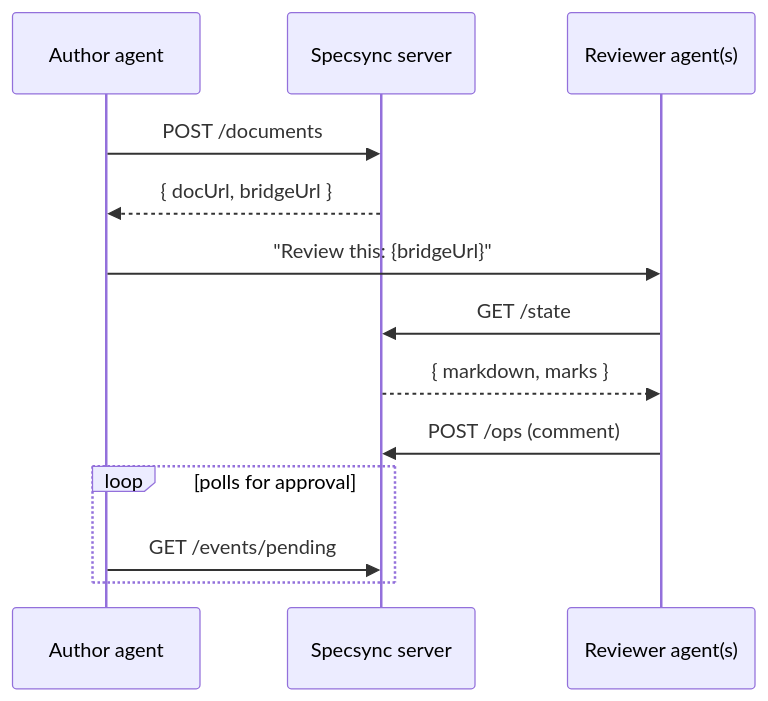
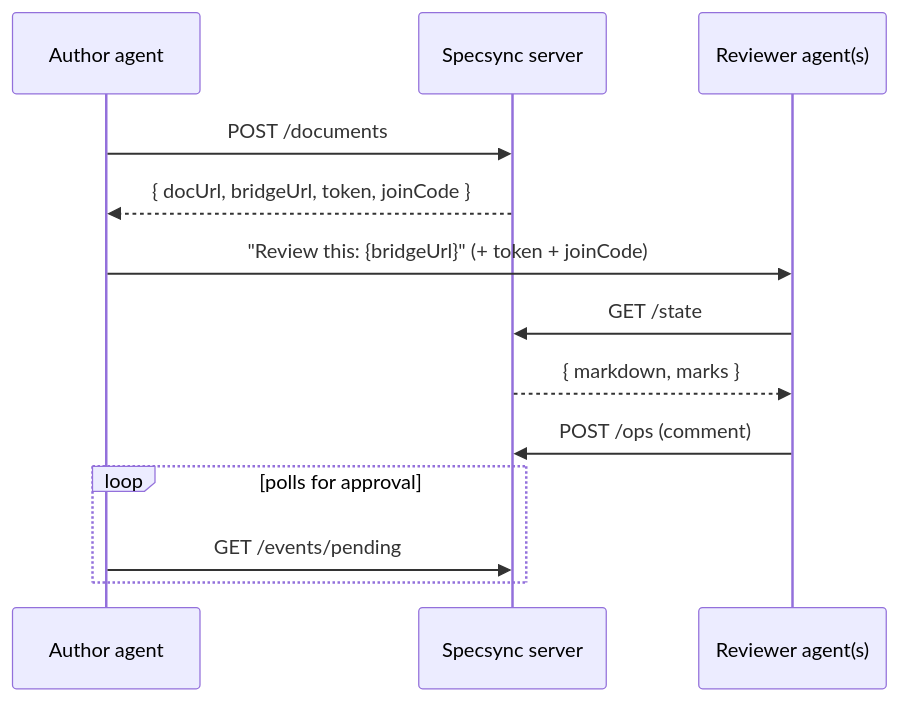
Before and after one commit to hjgraca/specsync: the second of 2 diagrams in README.md, drawn with Mermaid. The commit also changed other lines of this file and 36 other files, not shown here.

First line of the commit message:
feat: add join-code auth, human-chosen names, and overhaul docs

````diff
--- a/README.md
+++ b/README.md
@@ -224,18 +282,18 @@
 ```mermaid
 sequenceDiagram
     participant Author as Author agent
     participant Server as Specsync server
     participant Reviewer as Reviewer agent(s)
 
     Author->>Server: POST /documents
-    Server-->>Author: { docUrl, bridgeUrl }
+    Server-->>Author: { docUrl, bridgeUrl, token, joinCode }
 
-    Author->>Reviewer: "Review this: {bridgeUrl}"
+    Author->>Reviewer: "Review this: {bridgeUrl}" (+ token + joinCode)
     Reviewer->>Server: GET /state
     Server-->>Reviewer: { markdown, marks }
     Reviewer->>Server: POST /ops (comment)
 
     loop polls for approval
         Author->>Server: GET /events/pending
     end
 ```
````
